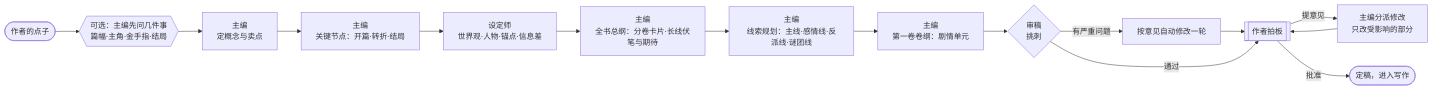
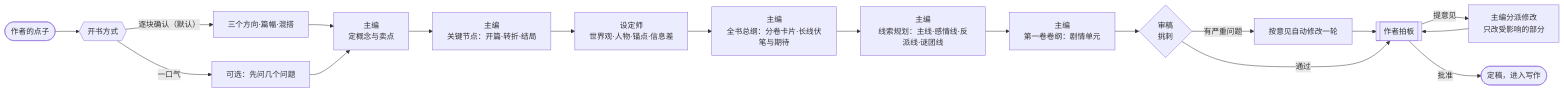
The first of 3 diagrams in README.md (lxbtkfbj/zhibi), drawn with Mermaid before and after one commit. The commit also changed other lines of this file and 49 other files, not shown here.

Commit message:
第一包任务 3：完成开书拼图界面、演示验收与铁钉位置保护

````diff
--- a/README.md
+++ b/README.md
@@ -35,17 +36,20 @@
 ```mermaid
 flowchart LR
-    A([作者的点子]) --> Q{{可选：主编先问几件事<br/>篇幅·主角·金手指·结局}}
-    Q --> B[主编<br/>定概念与卖点]
+    A([作者的点子]) --> Q{{开书方式}}
+    Q -- 逐块确认（默认） --> P[三个方向·篇幅·混搭]
+    Q -- 一口气 --> ASK[可选：先问几个问题]
+    P --> B[主编<br/>定概念与卖点]
+    ASK --> B
     B --> S[主编<br/>关键节点：开篇·转折·结局]
     S --> C[设定师<br/>世界观·人物·锚点·信息差]
     C --> D[主编<br/>全书总纲：分卷卡片·长线伏笔与期待]
     D --> T[主编<br/>线索规划：主线·感情线·反派线·谜团线]
     T --> V[主编<br/>第一卷卷纲：剧情单元]
     V --> E{审稿<br/>挑刺}
     E -- 有严重问题 --> F[按意见自动修改一轮]
     F --> G
     E -- 通过 --> G[[作者拍板]]
     G -- 提意见 --> H[主编分派修改<br/>只改受影响的部分]
     H --> G
     G -- 批准 --> I([定稿，进入写作])
 ```
````
